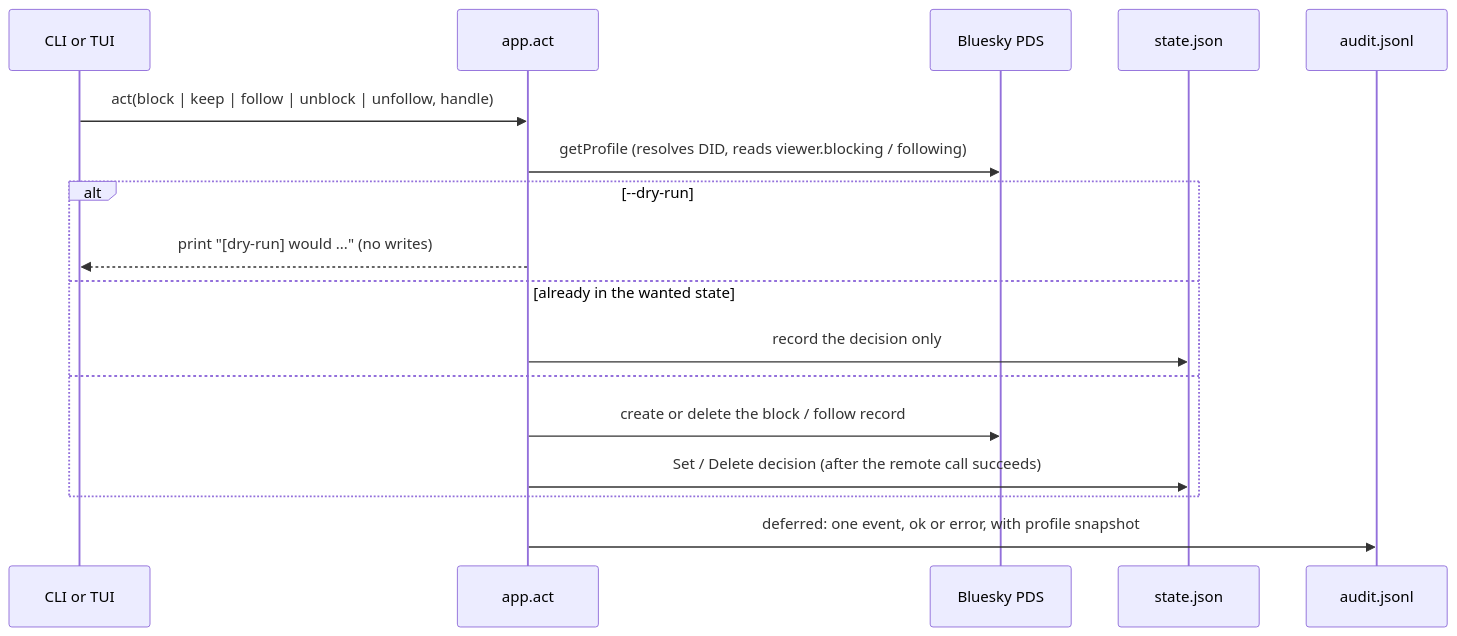
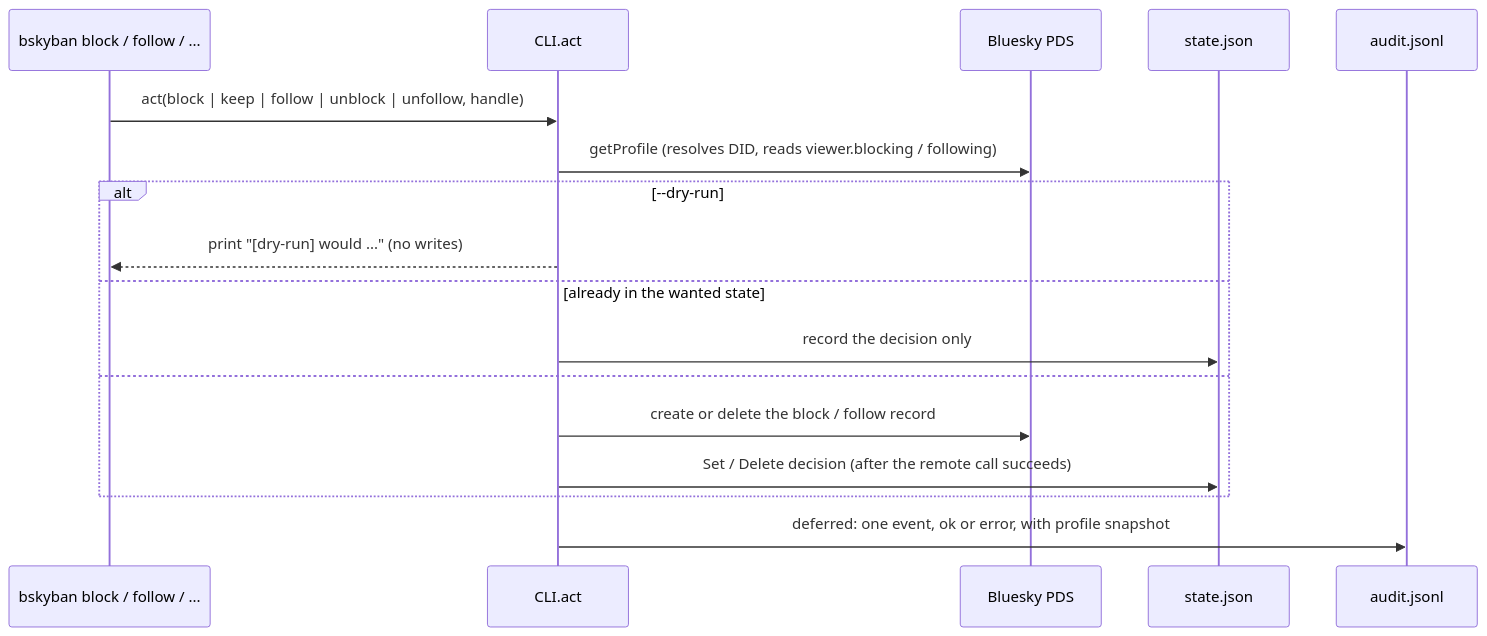
The second of 3 diagrams in ARCHITECTURE.md (mdfranz/bskyban), drawn with Mermaid before and after one commit. The commit also changed other lines of this file and 2 other files, not shown here.

````diff
--- a/ARCHITECTURE.md
+++ b/ARCHITECTURE.md
@@ -84,20 +86,20 @@
 ```mermaid
 sequenceDiagram
-    participant Caller as CLI or TUI
-    participant App as app.act
+    participant Caller as bskyban block / follow / ...
+    participant App as CLI.act
     participant PDS as Bluesky PDS
     participant St as state.json
     participant Log as audit.jsonl
 
     Caller->>App: act(block | keep | follow | unblock | unfollow, handle)
     App->>PDS: getProfile (resolves DID, reads viewer.blocking / following)
     alt --dry-run
         App-->>Caller: print "[dry-run] would ..." (no writes)
     else already in the wanted state
         App->>St: record the decision only
     else
         App->>PDS: create or delete the block / follow record
         App->>St: Set / Delete decision (after the remote call succeeds)
     end
     App->>Log: deferred: one event, ok or error, with profile snapshot
 ```
````
